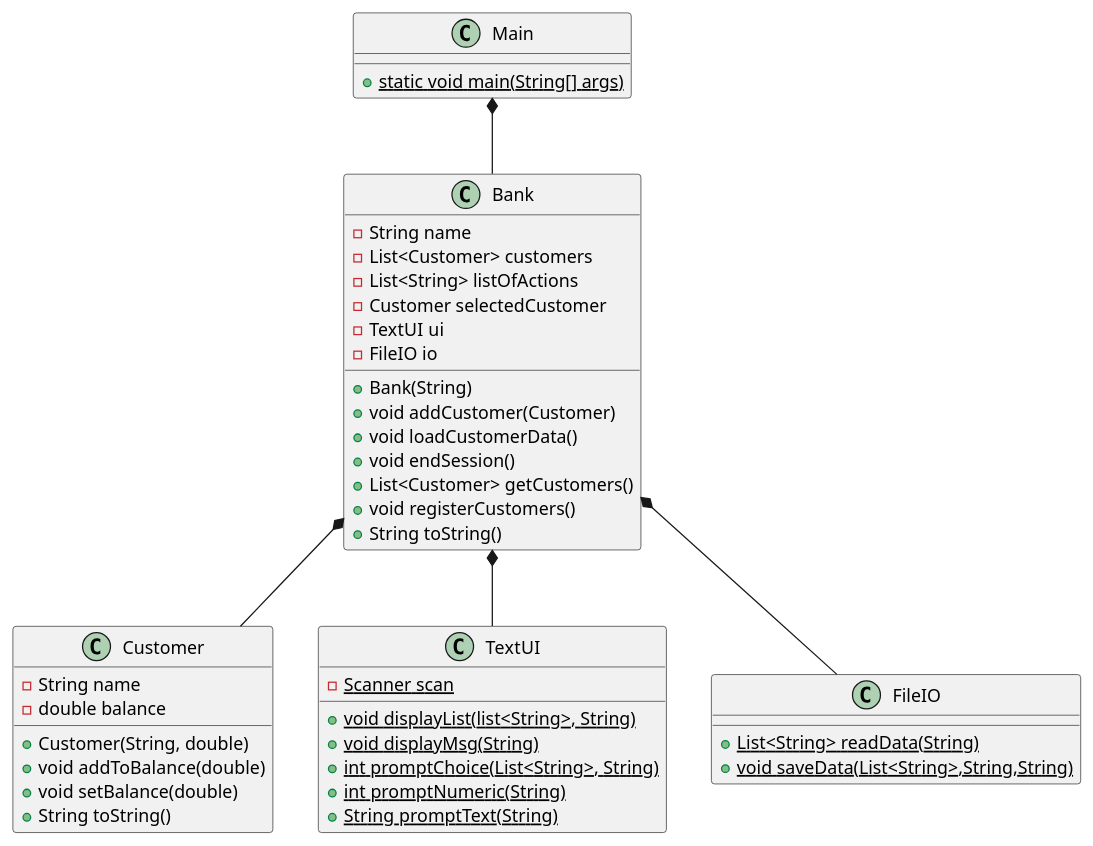
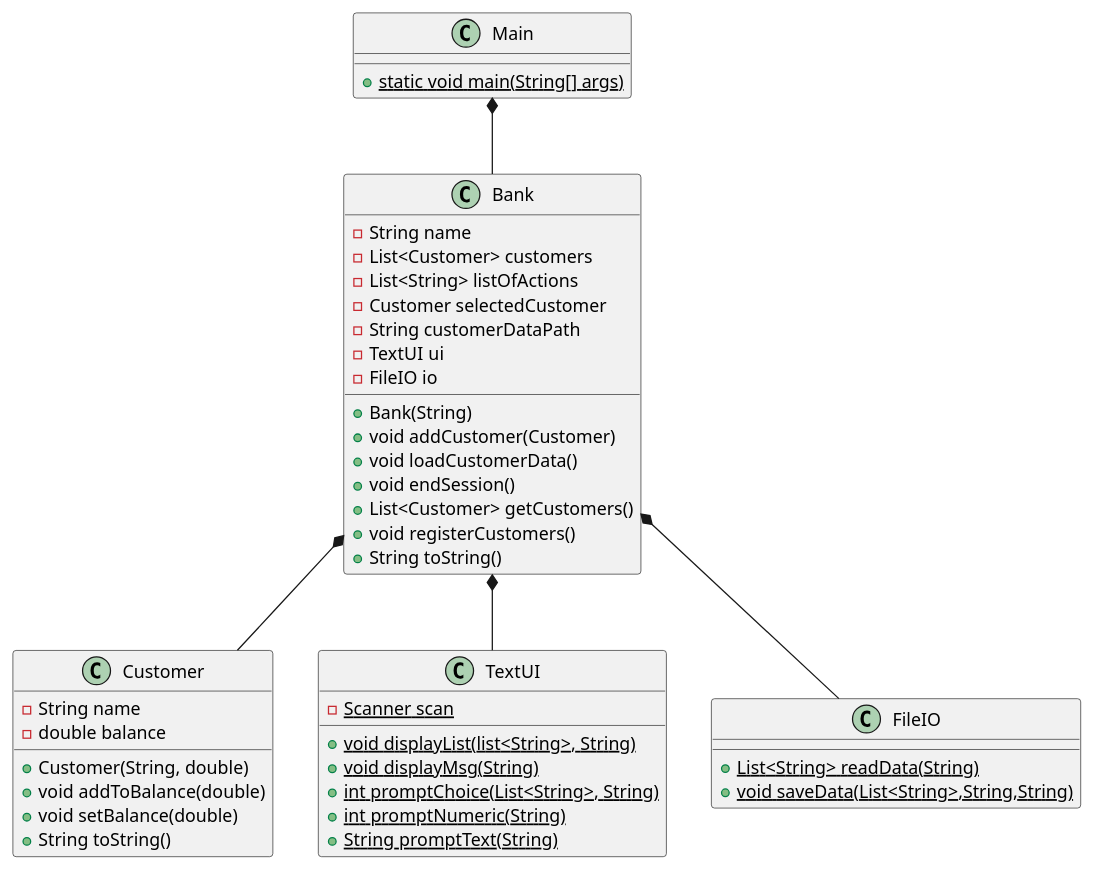
Before and after one commit to Dat1Cphbusiness/MonopolyE24: the diagram in doc/classdiagram.puml, drawn with PlantUML. The commit also changed 2 other files, not shown here.

Commit message:
loadCustomerData

```diff
--- a/doc/classdiagram.puml
+++ b/doc/classdiagram.puml
@@ -1,54 +1,55 @@
 @startuml
 class Main{
  {static}+ static void main(String[] args)
 
 }
 
 class Bank{
  - String name
  - List<Customer> customers
  - List<String> listOfActions
  - Customer selectedCustomer
+ - String customerDataPath
  - TextUI ui
  - FileIO io
 
  + Bank(String)
  + void addCustomer(Customer)
  + void loadCustomerData()
  + void endSession()
  + List<Customer> getCustomers()
  + void registerCustomers()
  + String toString()
 }
 
 class Customer{
  - String name
  - double balance
  + Customer(String, double)
  + void addToBalance(double)
  + void setBalance(double)
  + String toString()
 
 }
 
 class TextUI{
  {static}- Scanner scan
  {static}+ void displayList(list<String>, String)
  {static}+ void displayMsg(String)
  {static}+ int promptChoice(List<String>, String)
  {static}+int promptNumeric(String)
  {static}+ String promptText(String)
 
 }
 class FileIO{
 {static}+List<String> readData(String)
 {static}+void saveData(List<String>,String,String)
 }
 
 
 Main *-- Bank
 Bank *-- Customer
 Bank *-- TextUI
 Bank *-- FileIO
 
 @enduml
```
